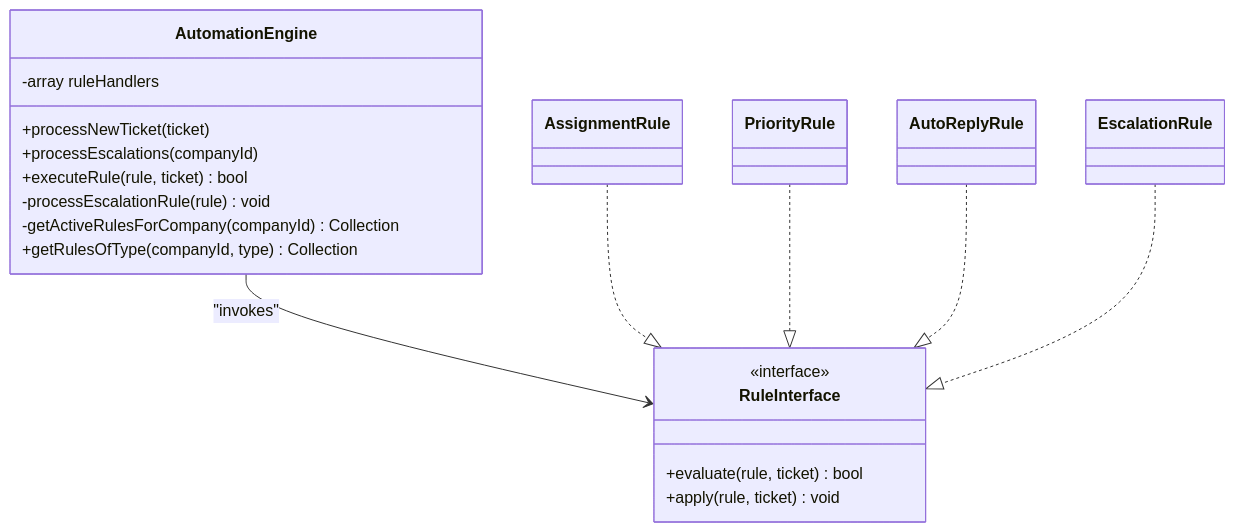
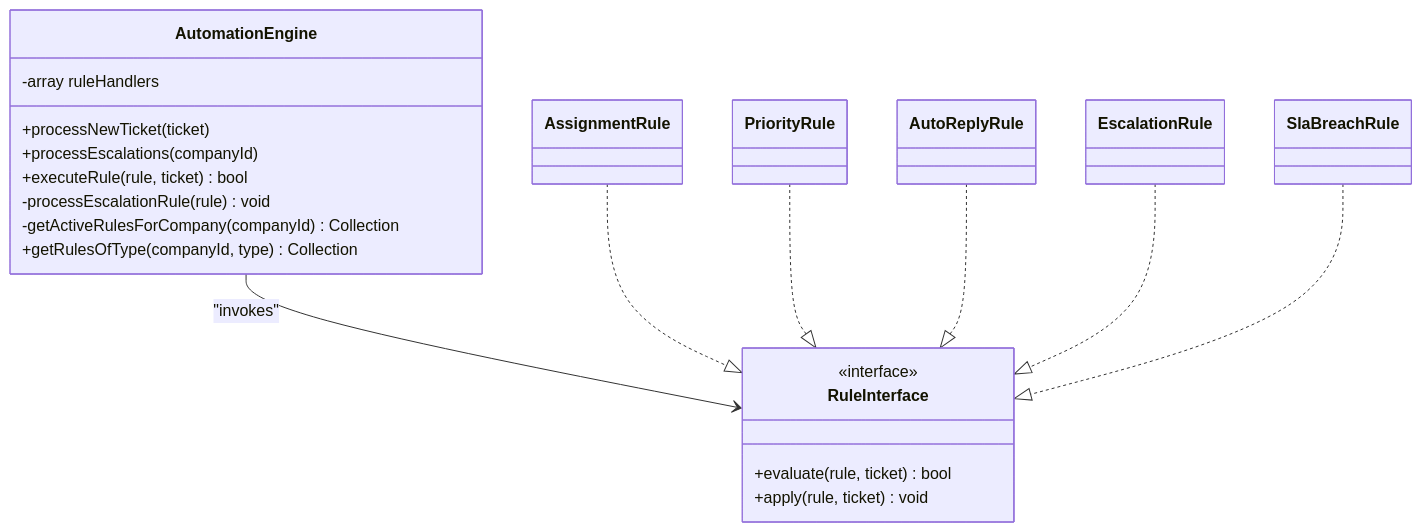
The third of 9 diagrams in .qoder/repowiki/en/content/Automation Engine/Automation Engine Overview.md (younesgamer68/helpdesk-system), drawn with Mermaid before and after one commit. The commit also changed other lines of this file and 210 other files, not shown here.

````diff
--- a/.qoder/repowiki/en/content/Automation Engine/Automation Engine Overview.md
+++ b/.qoder/repowiki/en/content/Automation Engine/Automation Engine Overview.md
@@ -174,26 +235,28 @@
 ```mermaid
 classDiagram
 class AutomationEngine {
 -array ruleHandlers
 +processNewTicket(ticket)
 +processEscalations(companyId)
 +executeRule(rule, ticket) bool
 -processEscalationRule(rule) void
 -getActiveRulesForCompany(companyId) Collection
 +getRulesOfType(companyId, type) Collection
 }
 class RuleInterface {
 <<interface>>
 +evaluate(rule, ticket) bool
 +apply(rule, ticket) void
 }
 class AssignmentRule
 class PriorityRule
 class AutoReplyRule
 class EscalationRule
+class SlaBreachRule
 AutomationEngine --> RuleInterface : "invokes"
 AssignmentRule ..|> RuleInterface
 PriorityRule ..|> RuleInterface
 AutoReplyRule ..|> RuleInterface
 EscalationRule ..|> RuleInterface
+SlaBreachRule ..|> RuleInterface
 ```
````
